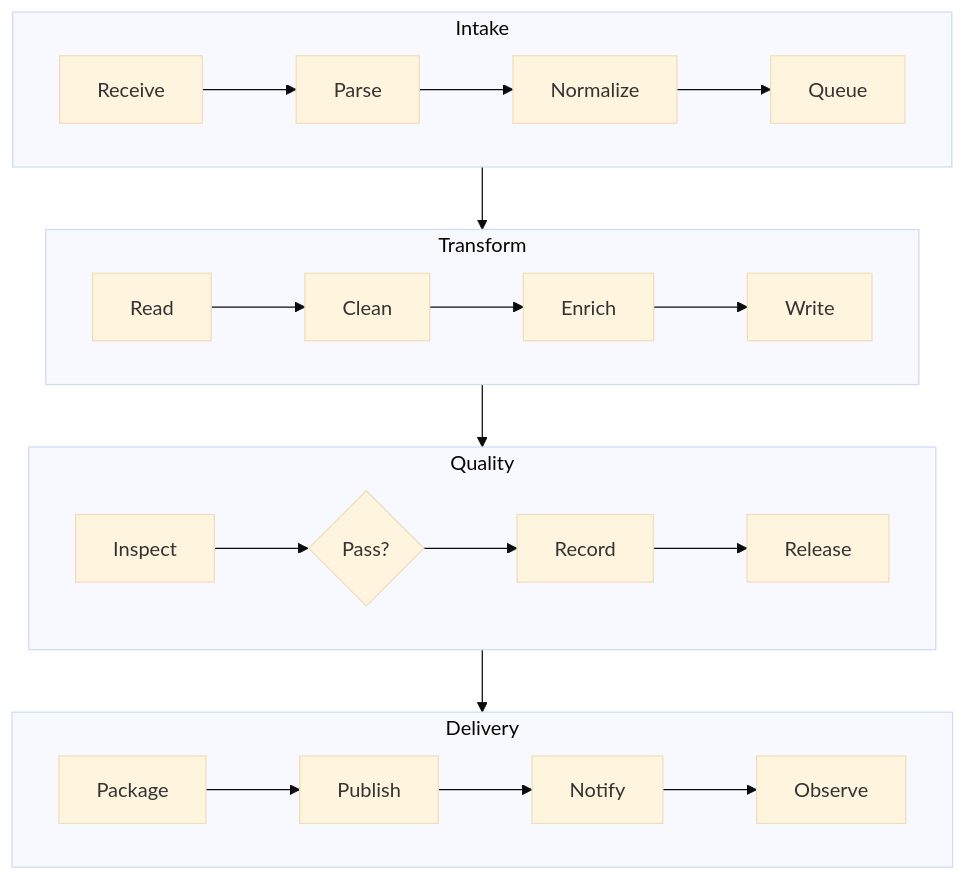
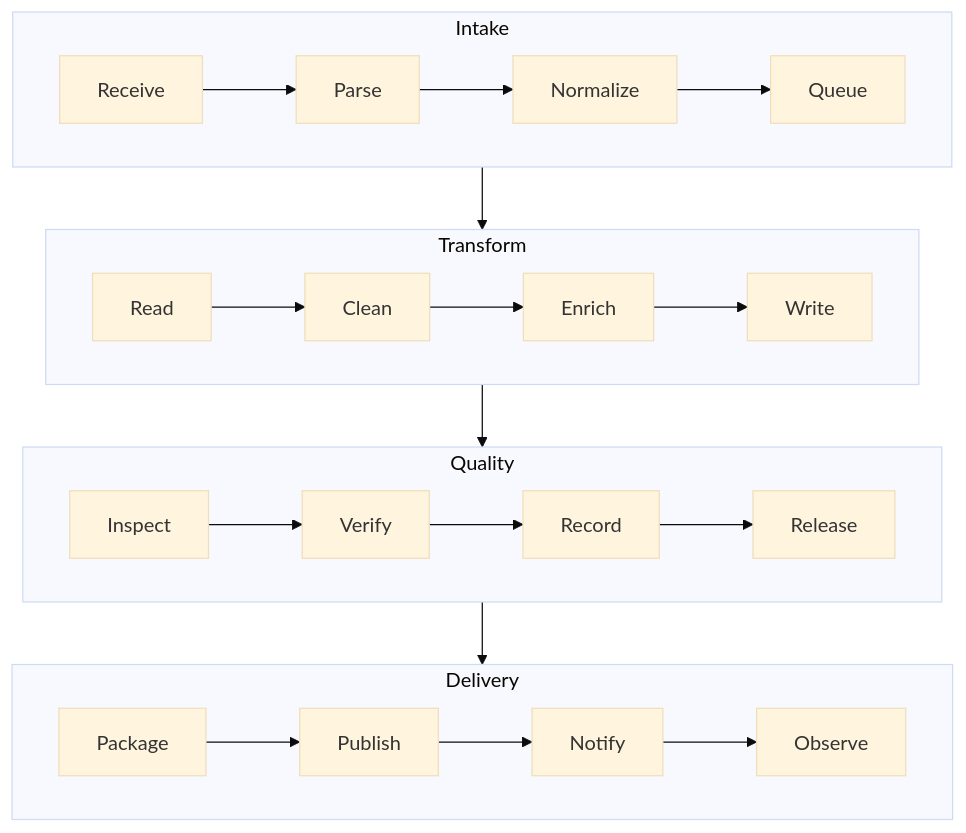
The second of 13 diagrams in src/rulesync/.rulesync/skills/mols-mermaid-diagram/references/examples/flowchart.md (mols3131d/mols-agent-assets), drawn with Mermaid (base theme) before and after one commit. The commit also changed other lines of this file, not shown here.

Commit message:
fix(mermaid): viewport 예제 의미 보존

````diff
--- a/src/rulesync/.rulesync/skills/mols-mermaid-diagram/references/examples/flowchart.md
+++ b/src/rulesync/.rulesync/skills/mols-mermaid-diagram/references/examples/flowchart.md
@@ -17,24 +17,24 @@
 ```mermaid
 flowchart TB
     subgraph intake [Intake]
         direction LR
         receive[Receive] --> parse[Parse] --> normalize[Normalize] --> queue[Queue]
     end
 
     subgraph transform [Transform]
         direction LR
         read[Read] --> clean[Clean] --> enrich[Enrich] --> write[Write]
     end
 
     subgraph quality [Quality]
         direction LR
-        inspect[Inspect] --> decide{Pass?} --> record[Record] --> release[Release]
+        inspect[Inspect] --> verify[Verify] --> record[Record] --> release[Release]
     end
 
     subgraph delivery [Delivery]
         direction LR
         package[Package] --> publish[Publish] --> notify[Notify] --> observe[Observe]
     end
 
     intake --> transform --> quality --> delivery
 ```
````
